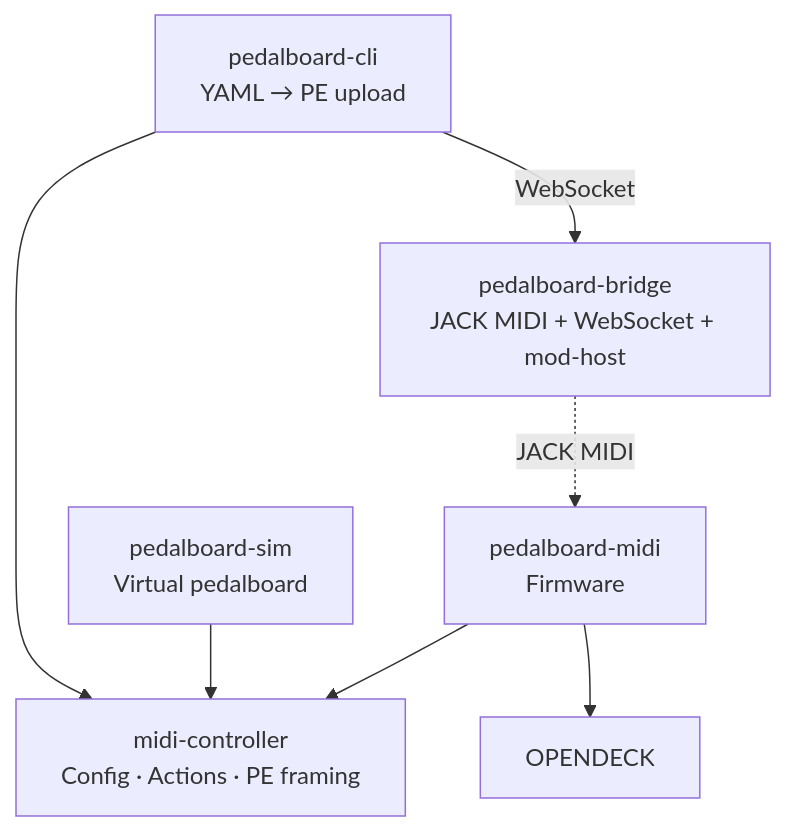
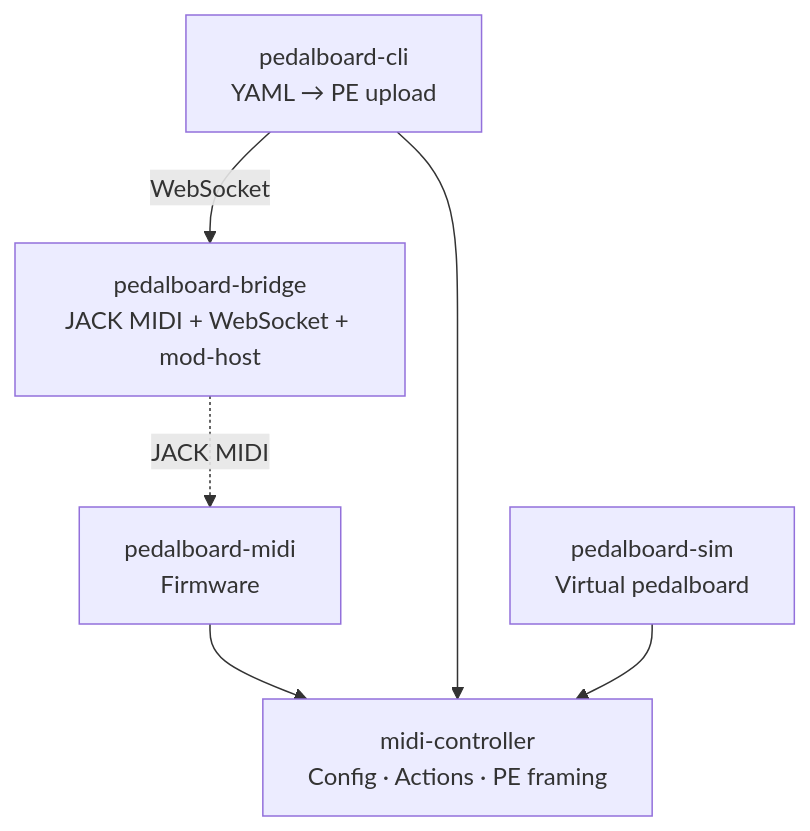
The fourth of 4 diagrams in docs/software-architecture.md (pedalboard/.github), drawn with Mermaid before and after one commit. The commit also changed other lines of this file, not shown here.

First line of the commit message:
docs: update software architecture for current state

````diff
--- a/docs/software-architecture.md
+++ b/docs/software-architecture.md
@@ -128,16 +125,15 @@
 ```mermaid
 graph TD
     PROTOCOL[midi-controller<br/>Config · Actions · PE framing]
     
     MIDI_FW[pedalboard-midi<br/>Firmware]
     CLI_APP[pedalboard-cli<br/>YAML → PE upload]
     SIM_APP[pedalboard-sim<br/>Virtual pedalboard]
     BRIDGE_APP[pedalboard-bridge<br/>JACK MIDI + WebSocket + mod-host]
 
     MIDI_FW --> PROTOCOL
-    MIDI_FW --> OPENDECK
     CLI_APP --> PROTOCOL
     SIM_APP --> PROTOCOL
     BRIDGE_APP -.->|JACK MIDI| MIDI_FW
     CLI_APP -->|WebSocket| BRIDGE_APP
 ```
````
